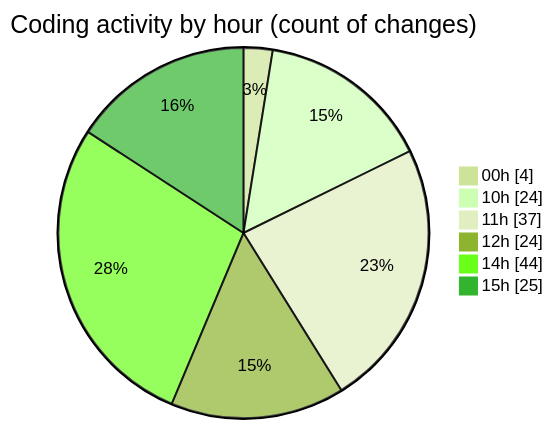
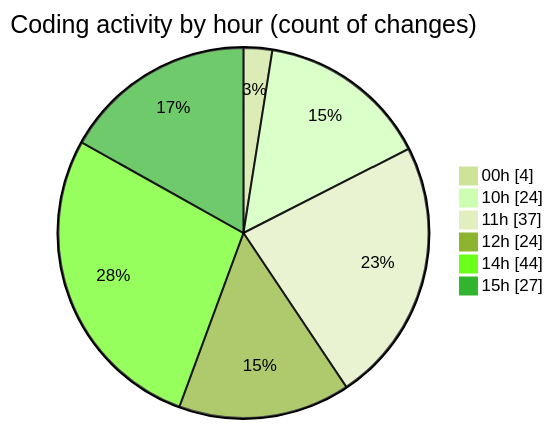
Before and after one commit to Netris89/code-tracking: the second of 2 diagrams in 2025-04-04/back-end/README.md, drawn with Mermaid (forest theme). The commit also changed other lines of this file and 1 other file, not shown here.

````diff
--- a/2025-04-04/back-end/README.md
+++ b/2025-04-04/back-end/README.md
@@ -47,10 +47,10 @@
 ```mermaid
 pie showData
 title Coding activity by hour (count of changes)
 "00h" : 4
 "10h" : 24
 "11h" : 37
 "12h" : 24
 "14h" : 44
-"15h" : 25
+"15h" : 27
 ```
````
